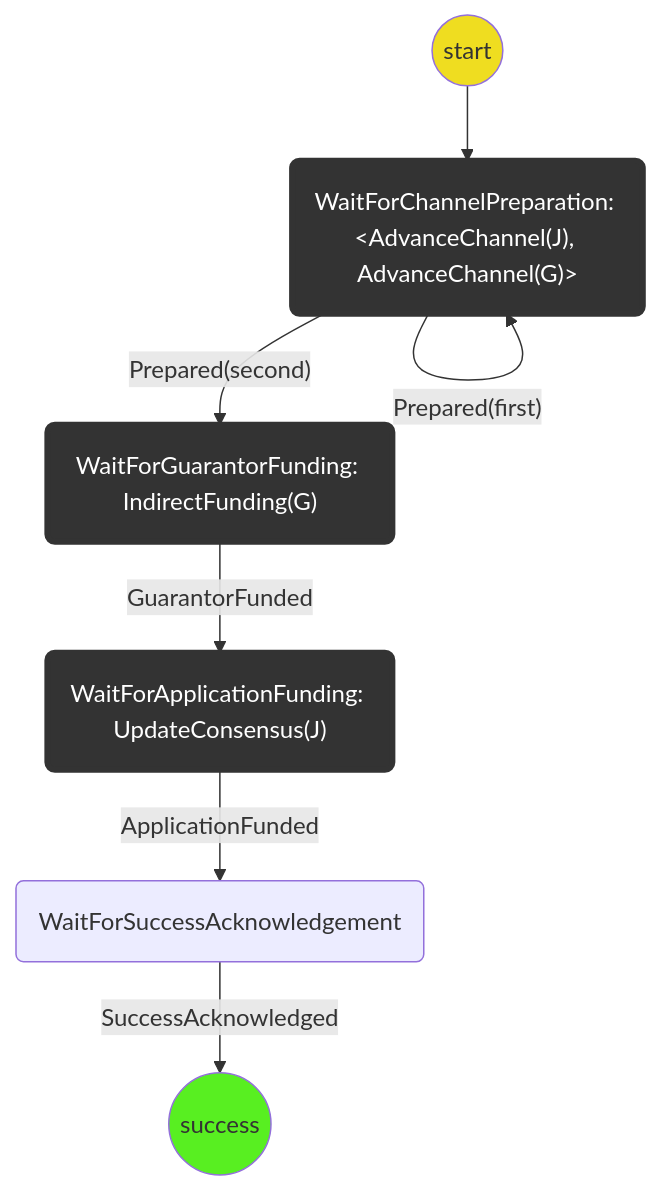
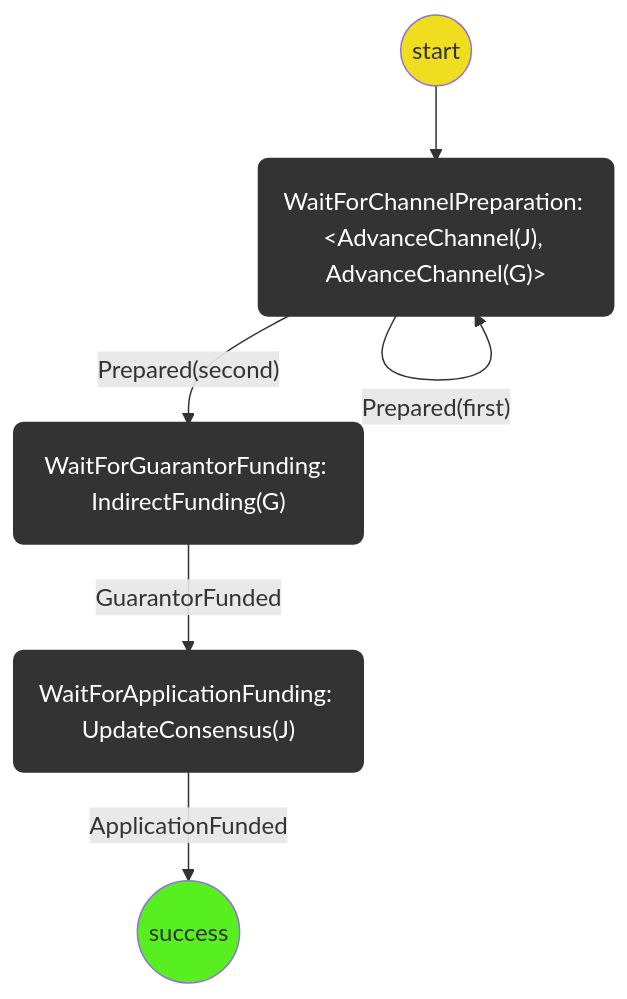
Before and after one commit to magmo/apps: the second of 2 diagrams in packages/wallet/src/redux/protocols/virtual-funding/readme.md, drawn with Mermaid. The commit also changed 1 other file, not shown here.

Commit message:
Remove WaitForSuccessAcknowledgement
This should be the responsibility of the funding protocol.

````diff
--- a/packages/wallet/src/redux/protocols/virtual-funding/readme.md
+++ b/packages/wallet/src/redux/protocols/virtual-funding/readme.md
@@ -73,21 +73,20 @@
 ```mermaid
 graph TD
 linkStyle default interpolate basis
   St((start)) --> WFOC("WaitForChannelPreparation: #60;AdvanceChannel(J), AdvanceChannel(G)#62;")
 
   WFOC --> |"Prepared(first)"| WFOC
   WFOC --> |"Prepared(second)"| WFGF("WaitForGuarantorFunding: IndirectFunding(G)")
 
   WFGF --> |GuarantorFunded| WFAF("WaitForApplicationFunding: UpdateConsensus(J)")
-  WFAF --> |ApplicationFunded| WFSA(WaitForSuccessAcknowledgement)
-  WFSA --> |SuccessAcknowledged| S((success))
+  WFAF --> |ApplicationFunded| S((success))
 
   classDef logic fill:#efdd20;
   classDef Success fill:#58ef21;
   classDef Failure fill:#f45941;
   classDef WaitForChildProtocol stroke:#333,stroke-width:4px,color:#ffff,fill:#333;
   class St logic;
   class S Success;
   class F Failure;
   class WFAp,Fi,WFOC,WFJ,WFAF,WFGF WaitForChildProtocol
 ```
````
